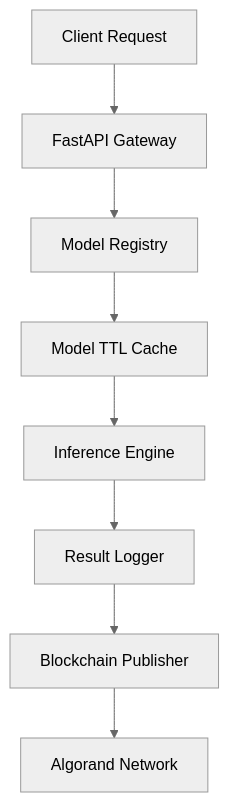
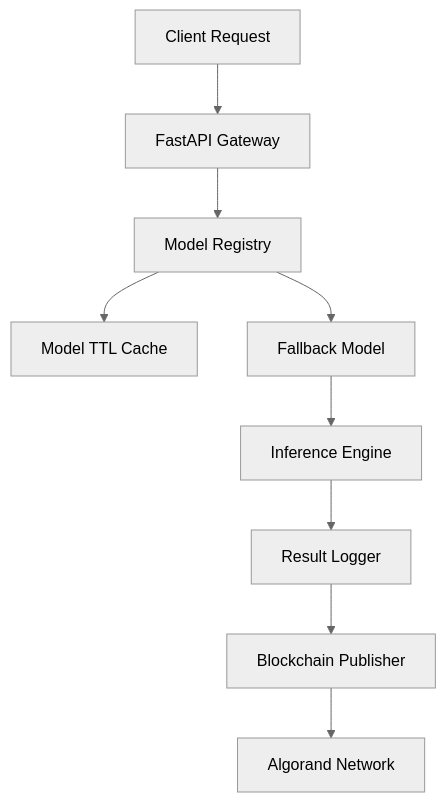
The diagram in README.md (AnVenDev/axiomatic_oracle), drawn with Mermaid (neutral theme) before and after one commit.

````diff
--- a/README.md
+++ b/README.md
@@ -25,10 +25,11 @@
 ```mermaid
 graph TB
     A[Client Request] --> B[FastAPI Gateway]
     B --> C[Model Registry]
     C --> D[Model TTL Cache]
-    D --> E[Inference Engine]
-    E --> F[Result Logger]
-    F --> G[Blockchain Publisher]
-    G --> H[Algorand Network]
+    C --> E[Fallback Model]
+    E --> F[Inference Engine]
+    F --> G[Result Logger]
+    G --> H[Blockchain Publisher]
+    H --> I[Algorand Network]
 ```
````
